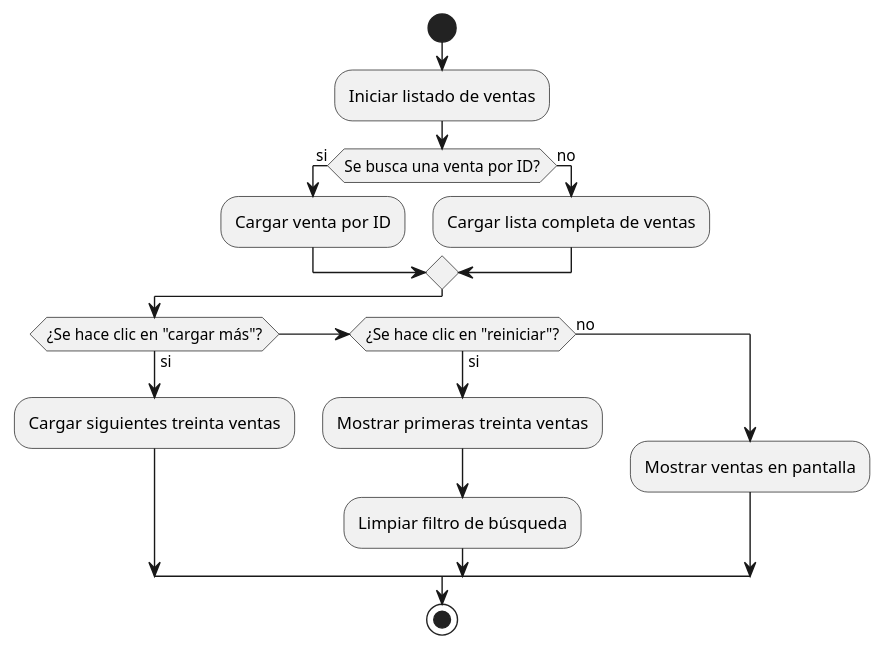
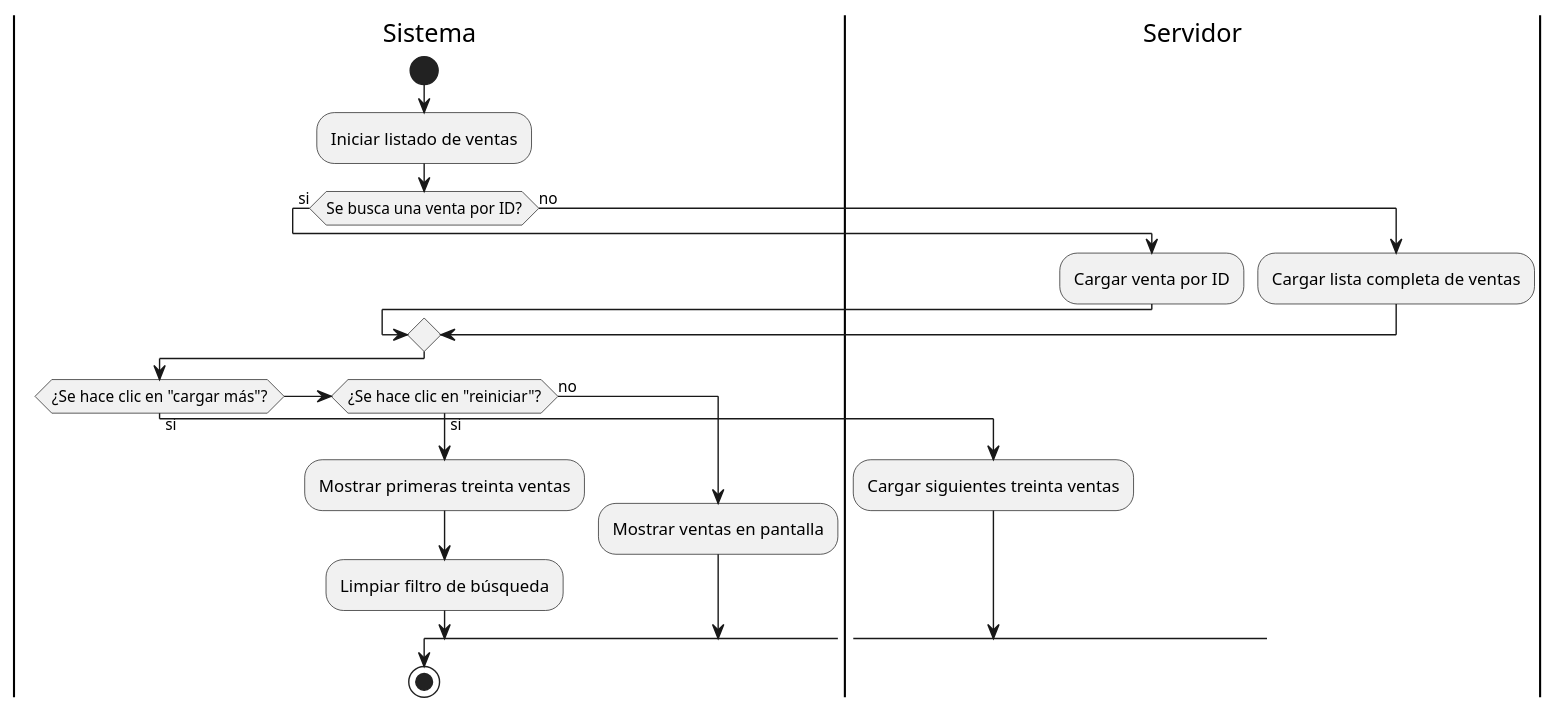
One commit to PabloCoti/apuntes_url changed the diagram in Análisis y Diseño/Proyectos/Proyecto final/Diagramas/Casos de uso/Listar ventas.wsd. Above: the diagram before and after it, drawn with PlantUML. The commit also changed 19 other files, not shown here.

```diff
--- a/Análisis y Diseño/Proyectos/Proyecto final/Diagramas/Casos de uso/Listar ventas.wsd
+++ b/Análisis y Diseño/Proyectos/Proyecto final/Diagramas/Casos de uso/Listar ventas.wsd
@@ -1,20 +1,25 @@
 @startuml Listar Ventas
 
+|Sistema|
 start
 :Iniciar listado de ventas;
 if (Se busca una venta por ID?) then (si)
+    |Servidor|
     :Cargar venta por ID;
 else (no)
     :Cargar lista completa de ventas;
 endif
+|Sistema|
 if (¿Se hace clic en "cargar más"?) then (si)
+|Servidor|
 :Cargar siguientes treinta ventas;
+|Sistema|
 elseif (¿Se hace clic en "reiniciar"?) then (si)
 :Mostrar primeras treinta ventas;
 :Limpiar filtro de búsqueda;
 else (no)
 :Mostrar ventas en pantalla;
 endif
 stop
 
 @enduml
```
